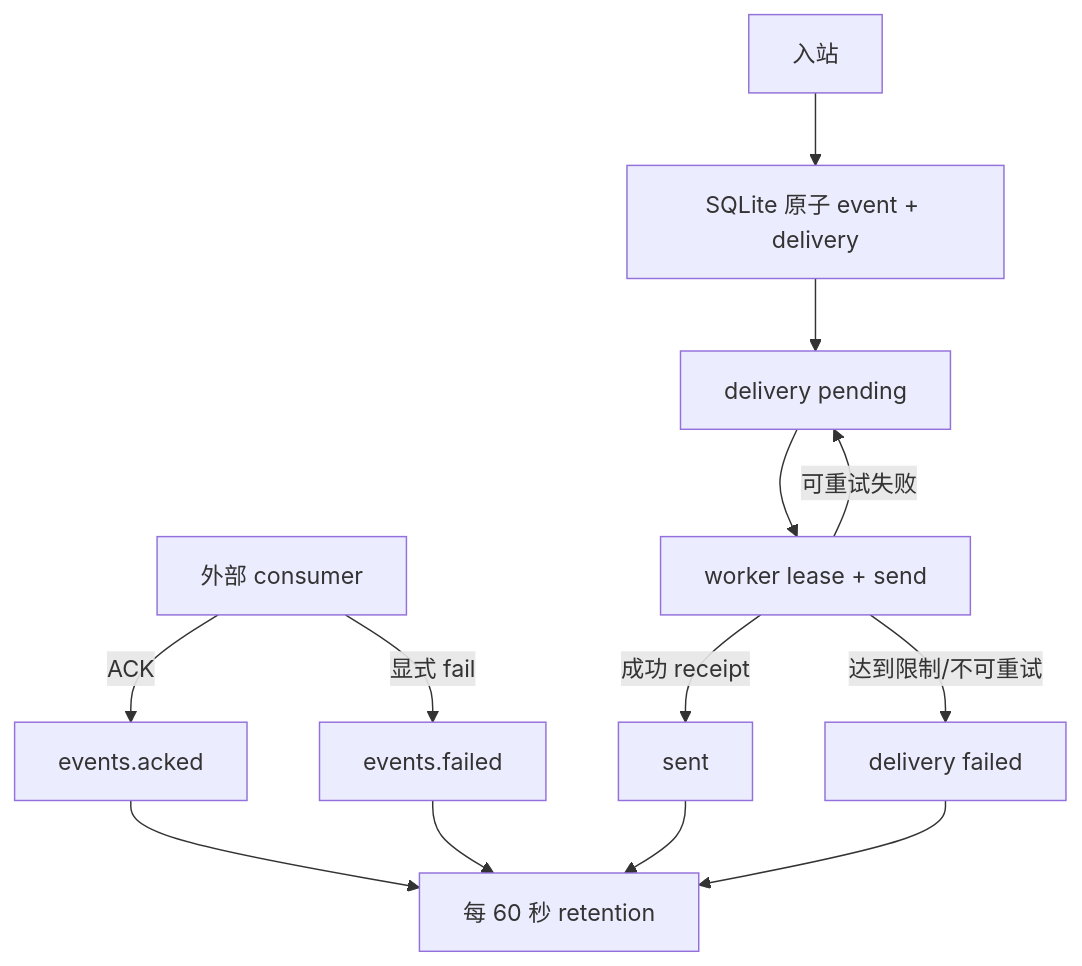
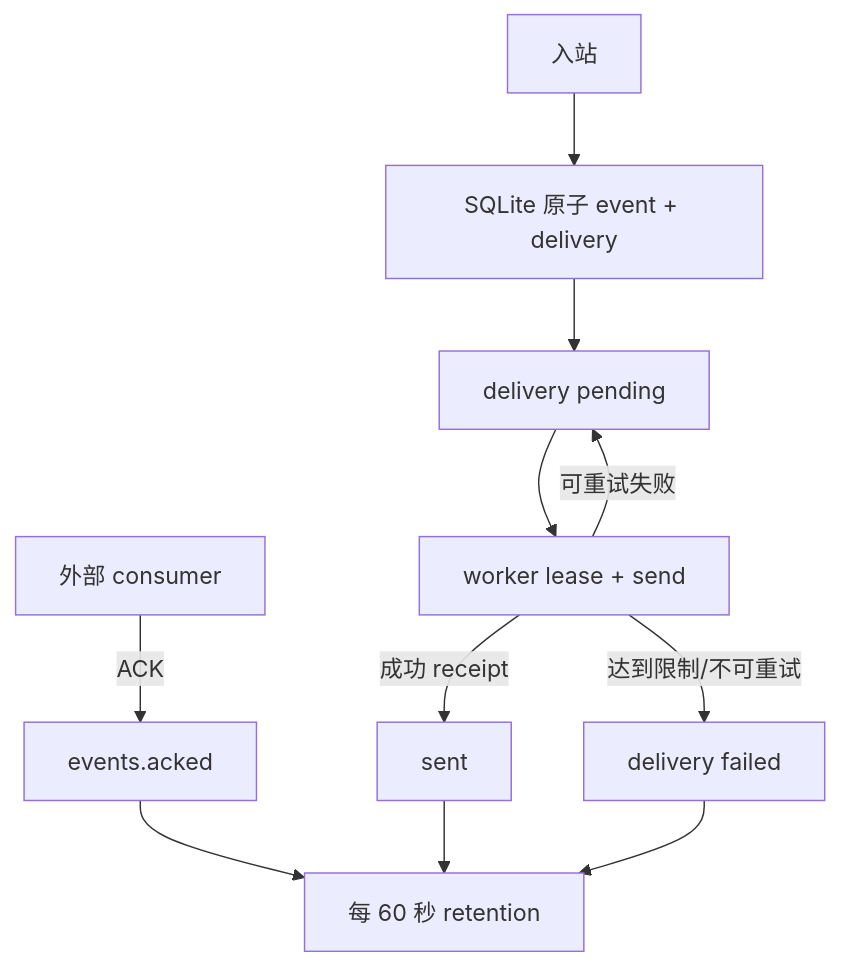
One commit to hhhaiai/channel-gateway changed the third of 3 diagrams in 调用结构与使用说明.md. Above: the diagram before and after it, drawn with Mermaid. The commit also changed other lines of this file, not shown here.

````diff
--- a/调用结构与使用说明.md
+++ b/调用结构与使用说明.md
@@ -179,15 +179,13 @@
 ```mermaid
 flowchart TD
   IN[入站] --> TX[SQLite 原子 event + delivery]
   TX --> P[delivery pending]
   P --> W[worker lease + send]
   W -->|成功 receipt| SENT[sent]
   W -->|可重试失败| P
   W -->|达到限制/不可重试| FAILD[delivery failed]
   E[外部 consumer] -->|ACK| ACK[events.acked]
-  E -->|显式 fail| EFAIL[events.failed]
   ACK --> PRUNE[每 60 秒 retention]
-  EFAIL --> PRUNE
   SENT --> PRUNE
   FAILD --> PRUNE
 ```
````
